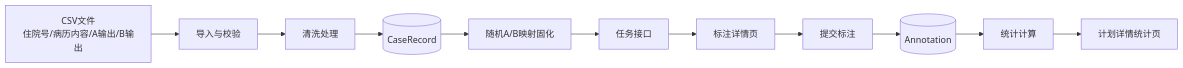
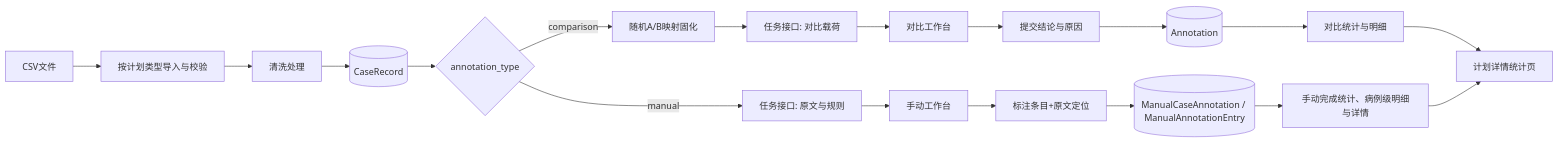
One commit to zhaoxiaowang1993/aicompare changed the second of 4 diagrams in openspec/specs/SPEC.md. Above: the diagram before and after it, drawn with Mermaid. The commit also changed other lines of this file and 74 other files, not shown here.

````diff
--- a/openspec/specs/SPEC.md
+++ b/openspec/specs/SPEC.md
@@ -165,14 +210,20 @@
 ```mermaid
 flowchart LR
-  CSV[CSV文件
-住院号/病历内容/A输出/B输出] --> Import[导入与校验]
+  CSV[CSV文件] --> Import[按计划类型导入与校验]
   Import --> Clean[清洗处理]
   Clean --> Case[(CaseRecord)]
-  Case --> Map[随机A/B映射固化]
-  Map --> TaskAPI[任务接口]
-  TaskAPI --> UI[标注详情页]
-  UI --> Submit[提交标注]
-  Submit --> Annotation[(Annotation)]
-  Annotation --> Stats[统计计算]
-  Stats --> AdminUI[计划详情统计页]
+  Case --> Type{annotation_type}
+  Type -- comparison --> Map[随机A/B映射固化]
+  Map --> CTask[任务接口: 对比载荷]
+  CTask --> CUI[对比工作台]
+  CUI --> CSubmit[提交结论与原因]
+  CSubmit --> Annotation[(Annotation)]
+  Annotation --> CStats[对比统计与明细]
+  Type -- manual --> MTask[任务接口: 原文与规则]
+  MTask --> MUI[手动工作台]
+  MUI --> Entry[标注条目+原文定位]
+  Entry --> Manual[(ManualCaseAnnotation / ManualAnnotationEntry)]
+  Manual --> MStats[手动完成统计、病例级明细与详情]
+  CStats --> AdminUI[计划详情统计页]
+  MStats --> AdminUI
 ```
````
